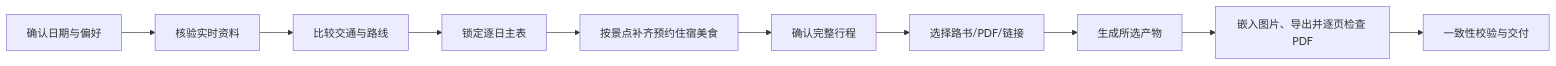
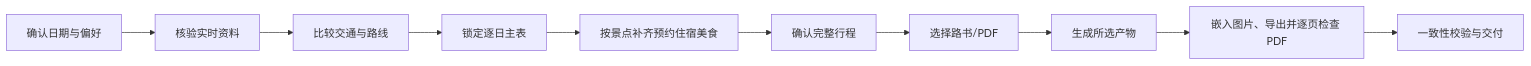
The diagram in README.md (15297845647/travel-roadbook-builder), drawn with Mermaid before and after one commit. The commit also changed other lines of this file and 14 other files, not shown here.

````diff
--- a/README.md
+++ b/README.md
@@ -81,12 +81,12 @@
 ```mermaid
 flowchart LR
     A[确认日期与偏好] --> B[核验实时资料]
     B --> C[比较交通与路线]
     C --> D[锁定逐日主表]
     D --> E[按景点补齐预约住宿美食]
     E --> F[确认完整行程]
-    F --> G[选择路书/PDF/链接]
+    F --> G[选择路书/PDF]
     G --> H[生成所选产物]
     H --> I[嵌入图片、导出并逐页检查 PDF]
     I --> J[一致性校验与交付]
 ```
````
